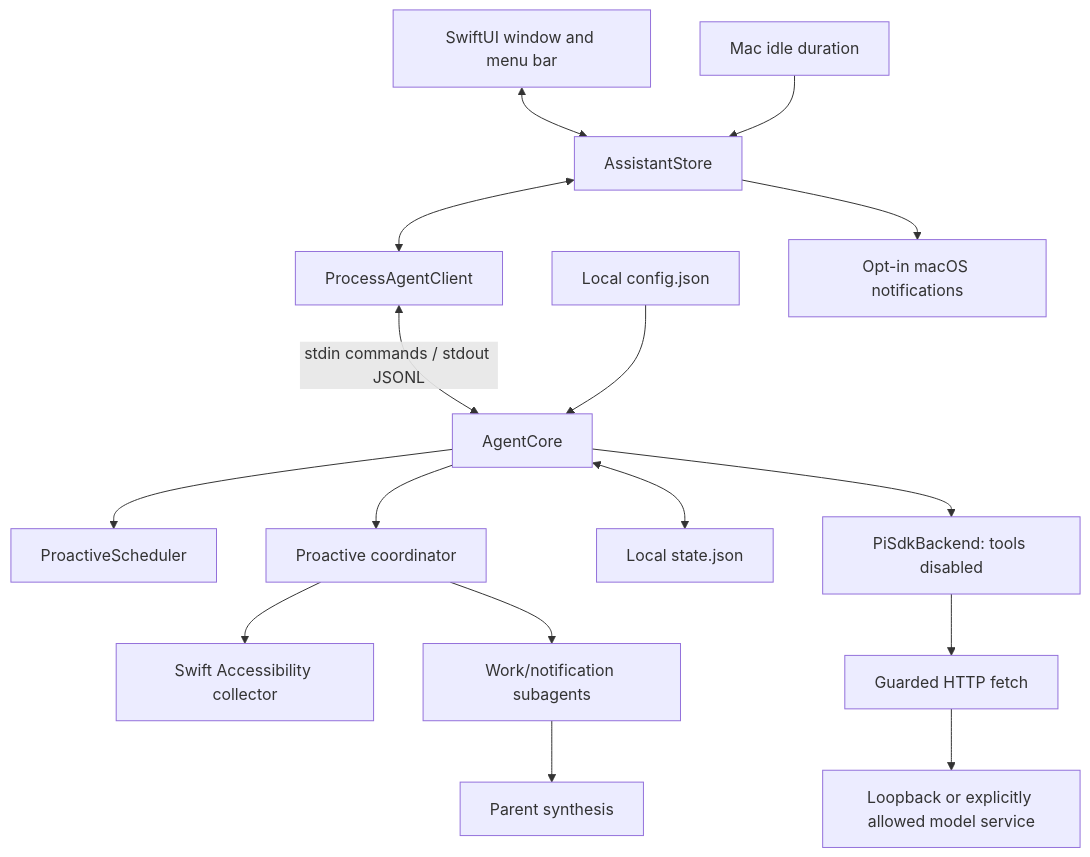
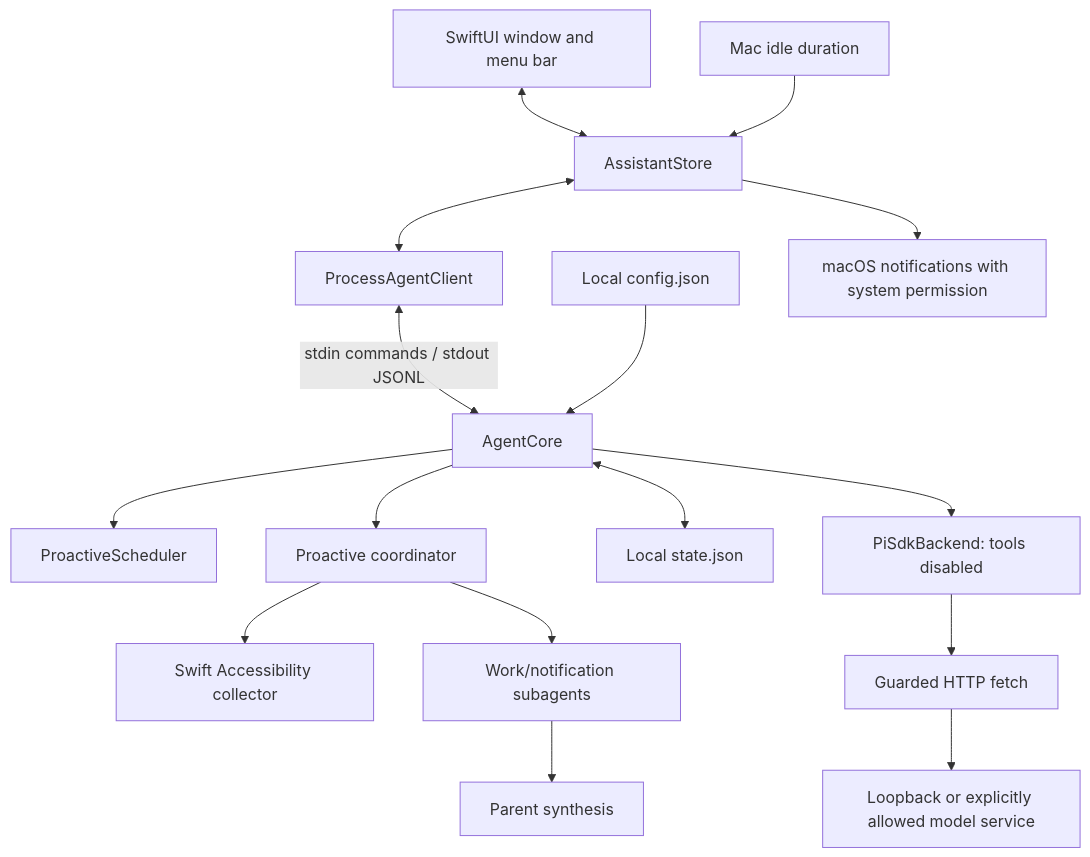
The diagram in docs/architecture.md (wzz6423/another-you), drawn with Mermaid before and after one commit. The commit also changed other lines of this file and 92 other files, not shown here.

````diff
--- a/docs/architecture.md
+++ b/docs/architecture.md
@@ -9,18 +9,18 @@
 ```mermaid
 flowchart TD
     UI[SwiftUI window and menu bar] <--> Store[AssistantStore]
     Idle[Mac idle duration] --> Store[AssistantStore]
     Store <--> Client[ProcessAgentClient]
     Client <-->|stdin commands / stdout JSONL| Core[AgentCore]
     Core --> Rules[ProactiveScheduler]
     Core --> Proactive[Proactive coordinator]
     Proactive --> SwiftContext[Swift Accessibility collector]
     Proactive --> Subagents[Work/notification subagents]
     Subagents --> Parent[Parent synthesis]
     Core <--> State[Local state.json]
     Settings[Local config.json] --> Core
     Core --> Pi[PiSdkBackend: tools disabled]
     Pi --> Fetch[Guarded HTTP fetch]
     Fetch --> Model[Loopback or explicitly allowed model service]
-    Store --> Notifications[Opt-in macOS notifications]
+    Store --> Notifications[macOS notifications with system permission]
 ```
````
